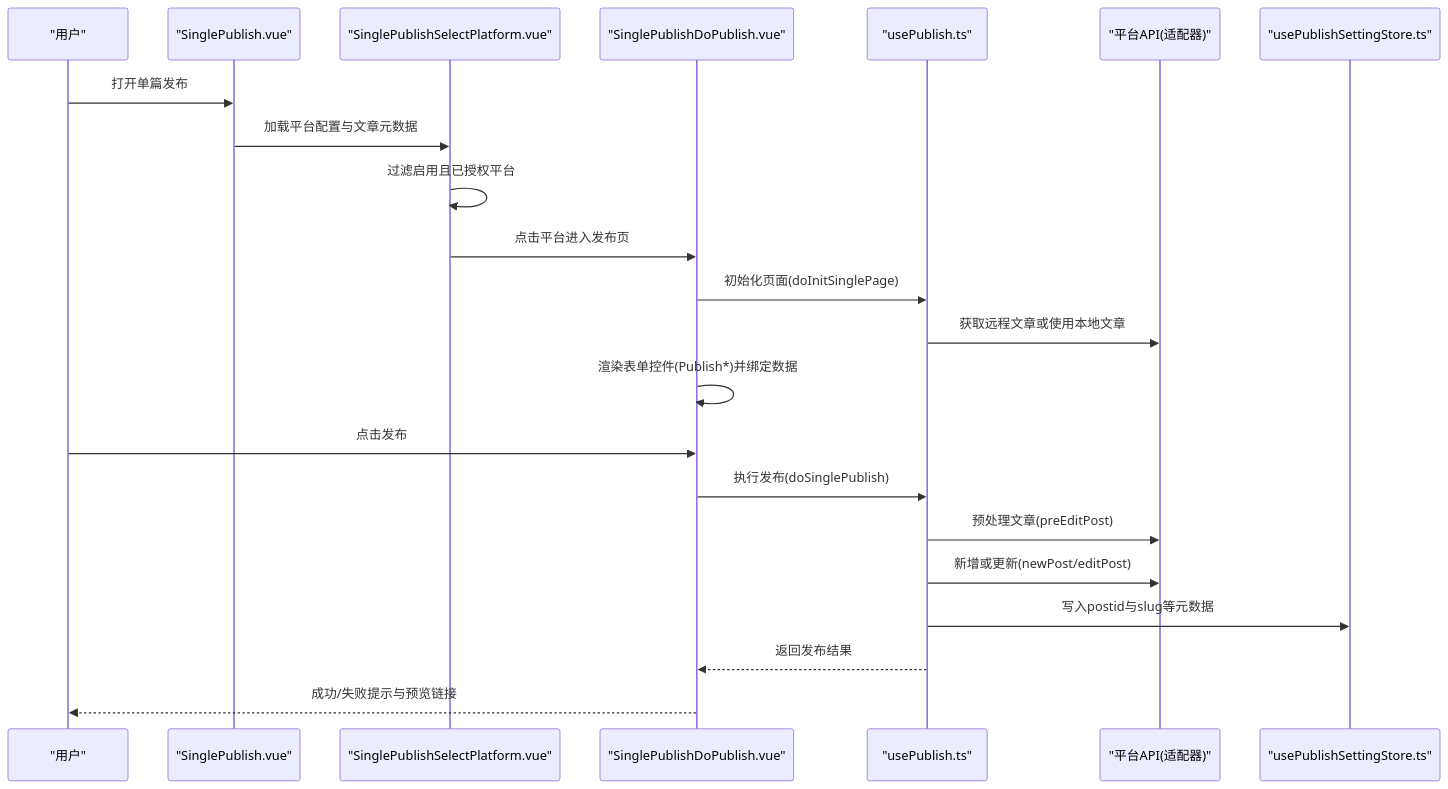
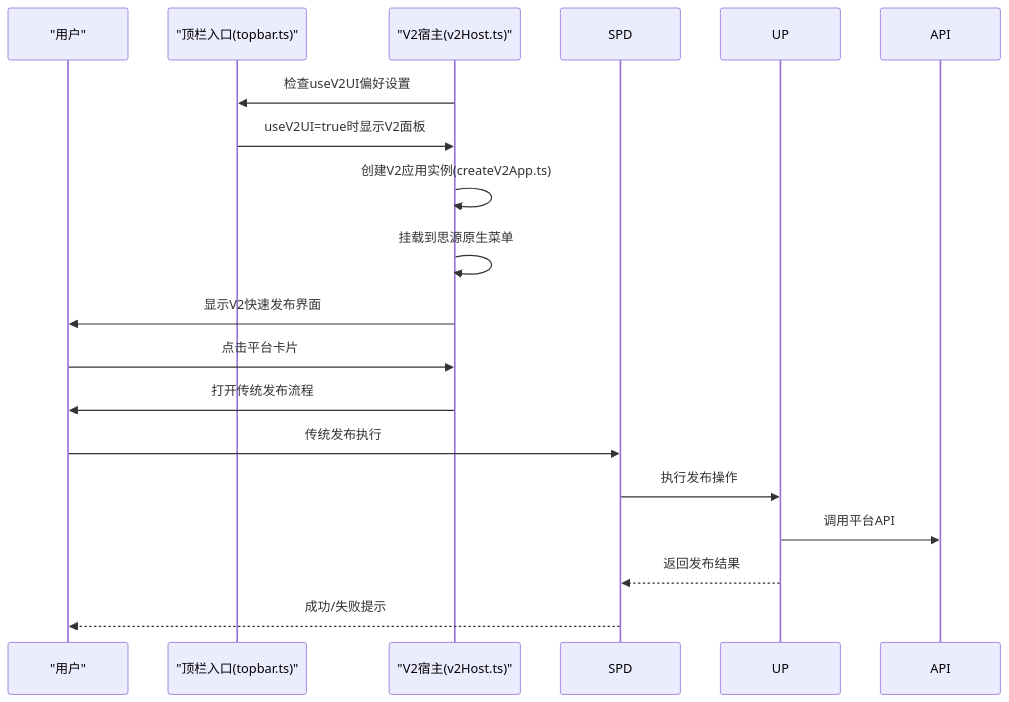
Before and after one commit to terwer/siyuan-plugin-publisher: the second of 4 diagrams in .qoder/repowiki/zh/content/用户界面组件/发布组件/发布组件.md, drawn with Mermaid. The commit also changed other lines of this file and 18 other files, not shown here.

First line of the commit message:
docs(core-architecture): add detailed Composition API design patterns document

````diff
--- a/.qoder/repowiki/zh/content/用户界面组件/发布组件/发布组件.md
+++ b/.qoder/repowiki/zh/content/用户界面组件/发布组件/发布组件.md
@@ -117,24 +154,18 @@
 ```mermaid
 sequenceDiagram
 participant U as "用户"
-participant SP as "SinglePublish.vue"
-participant SPS as "SinglePublishSelectPlatform.vue"
-participant SPD as "SinglePublishDoPublish.vue"
-participant UP as "usePublish.ts"
-participant API as "平台API(适配器)"
-participant ST as "usePublishSettingStore.ts"
-U->>SP : 打开单篇发布
-SP->>SPS : 加载平台配置与文章元数据
-SPS->>SPS : 过滤启用且已授权平台
-SPS->>SPD : 点击平台进入发布页
-SPD->>UP : 初始化页面(doInitSinglePage)
-UP->>API : 获取远程文章或使用本地文章
-SPD->>SPD : 渲染表单控件(Publish*)并绑定数据
-U->>SPD : 点击发布
-SPD->>UP : 执行发布(doSinglePublish)
-UP->>API : 预处理文章(preEditPost)
-UP->>API : 新增或更新(newPost/editPost)
-UP->>ST : 写入postid与slug等元数据
+participant TOP as "顶栏入口(topbar.ts)"
+participant V2H as "V2宿主(v2Host.ts)"
+V2H->>TOP : 检查useV2UI偏好设置
+TOP->>V2H : useV2UI=true时显示V2面板
+V2H->>V2H : 创建V2应用实例(createV2App.ts)
+V2H->>V2H : 挂载到思源原生菜单
+V2H->>U : 显示V2快速发布界面
+U->>V2H : 点击平台卡片
+V2H->>U : 打开传统发布流程
+U->>SPD : 传统发布执行
+SPD->>UP : 执行发布操作
+UP->>API : 调用平台API
 UP-->>SPD : 返回发布结果
-SPD-->>U : 成功/失败提示与预览链接
+SPD-->>U : 成功/失败提示
 ```
````
